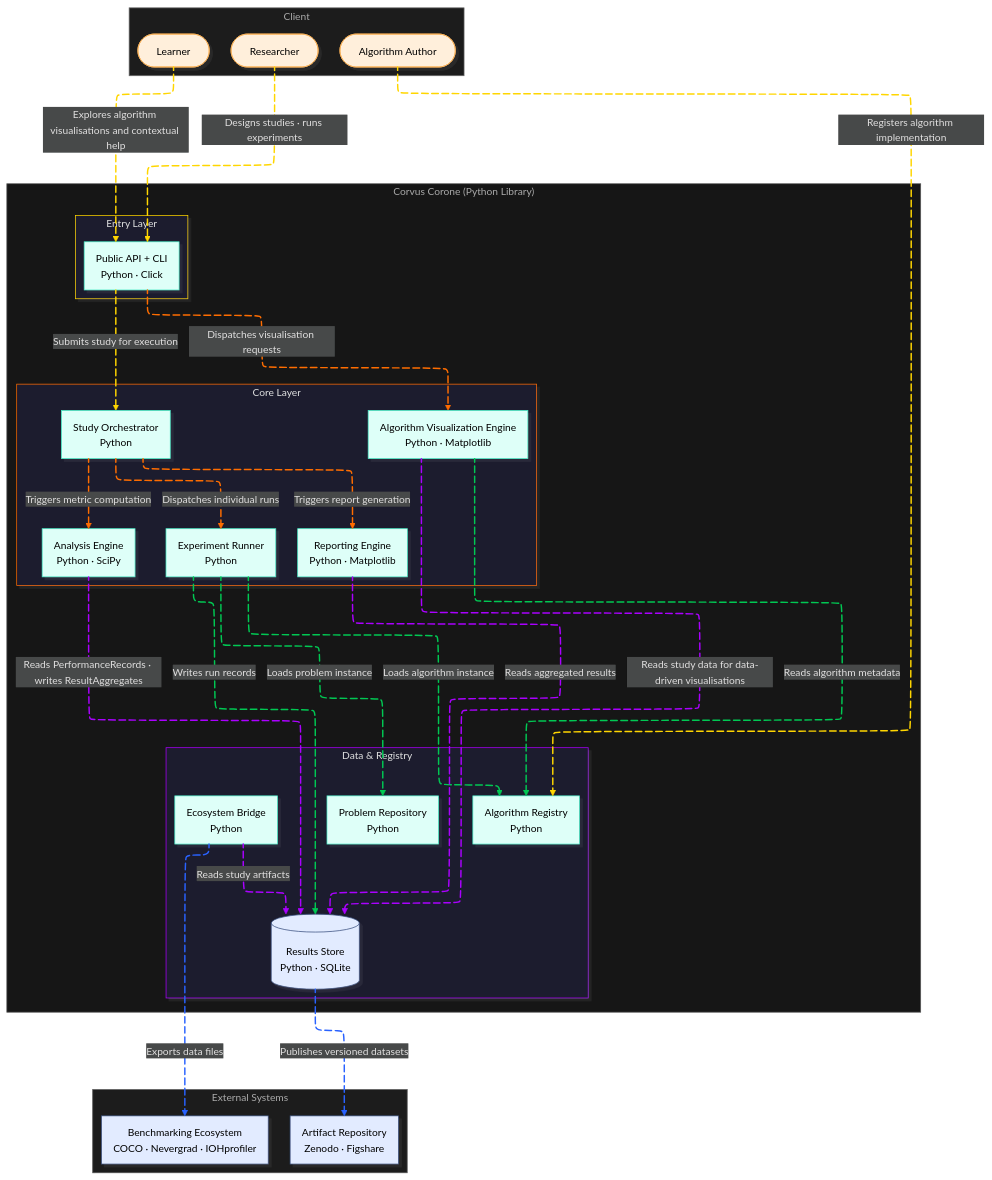
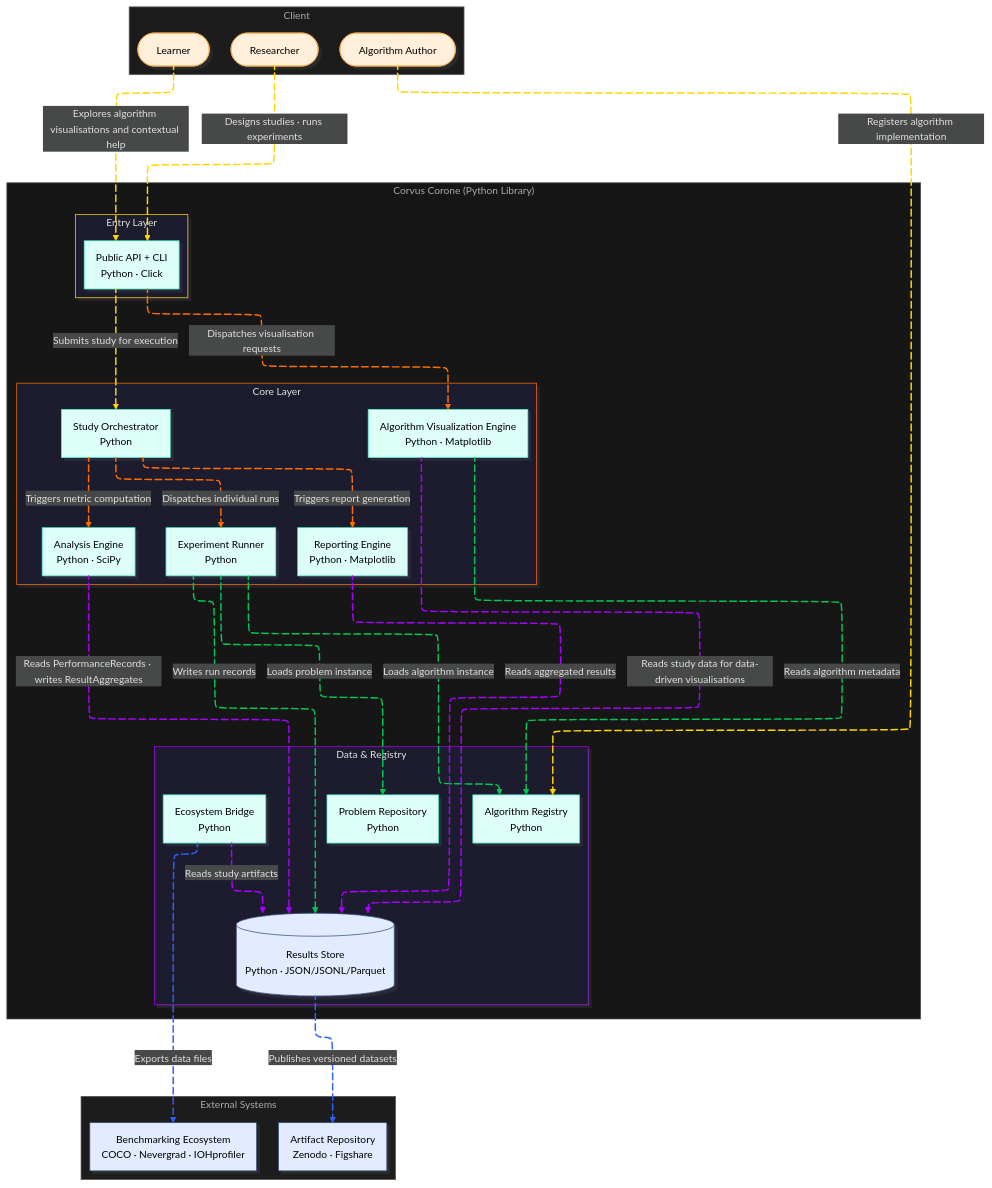
Before and after one commit to jedrzejpolaczek/aviarium.corvidae.corvus_corone: the diagram in docs/02-design/02-architecture/03-c4-leve2-containers/01-index.md, drawn with Mermaid. The commit also changed 35 other files, not shown here.

```diff
--- a/docs/02-design/02-architecture/03-c4-leve2-containers/01-index.md
+++ b/docs/02-design/02-architecture/03-c4-leve2-containers/01-index.md
@@ -52,7 +52,7 @@
   subgraph DataLayer["Data & Registry"]
     registry["Algorithm Registry\nPython"]
     problems["Problem Repository\nPython"]
-    store[("Results Store\nPython · SQLite")]
+    store[("Results Store\nPython · JSON/JSONL/Parquet")]
     bridge["Ecosystem Bridge\nPython"]
   end
 
```
